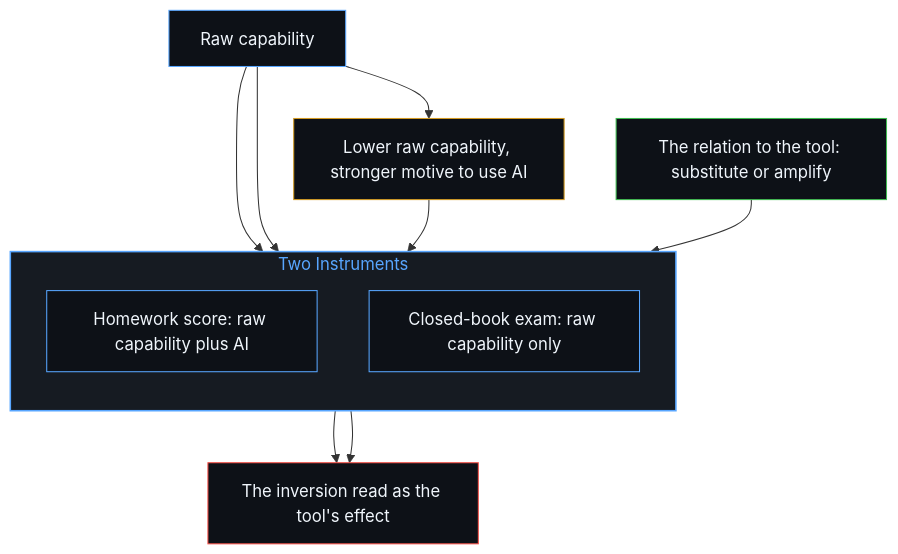
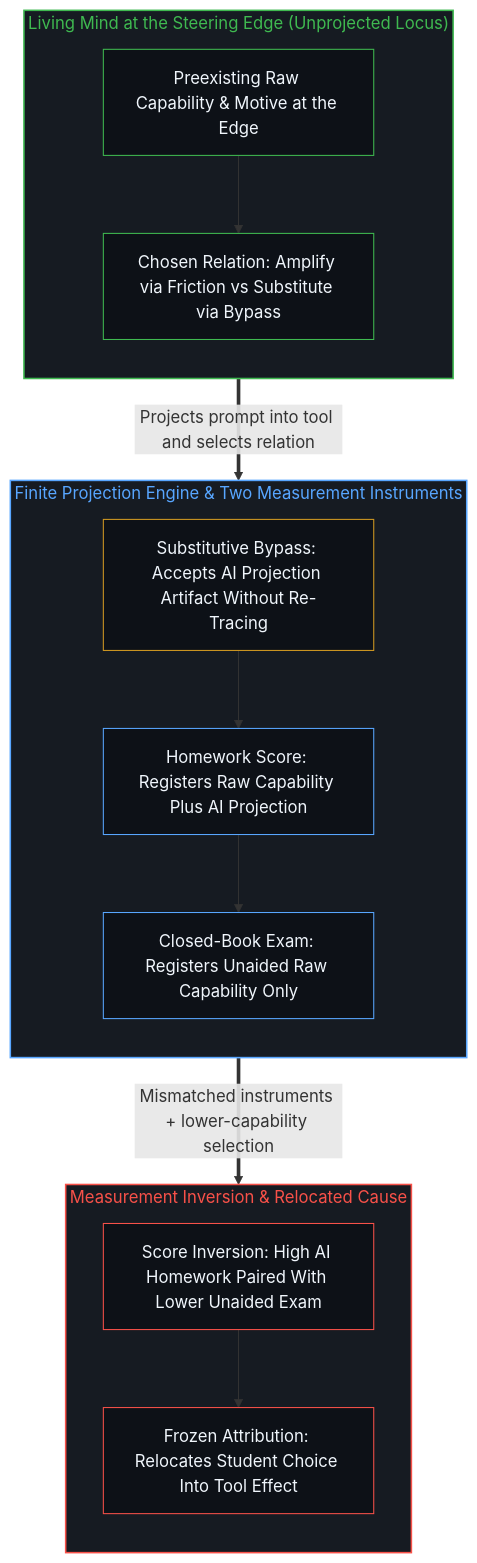
The second of 2 diagrams in content/posts/the-homework-exam-inversion-registers-substitution.md (powerpig99/not-a-toe), drawn with Mermaid before and after one commit. The commit also changed other lines of this file and 2 other files, not shown here.

Commit message:
Refine the-homework-exam-inversion-registers-substitution (Wave 3 L2 #112: weave beyond-the-projection)

````diff
--- a/content/posts/the-homework-exam-inversion-registers-substitution.md
+++ b/content/posts/the-homework-exam-inversion-registers-substitution.md
@@ -121,25 +126,38 @@
 ```mermaid
 flowchart TD
-    R["Raw capability"]
-    C["The relation to the tool: substitute or amplify"]
-    L["Lower raw capability, stronger motive to use AI"]
-    subgraph S_Meas["Two Instruments"]
+    subgraph S_Edge["Living Mind at the Steering Edge (Unprojected Locus)"]
         direction TB
-        H["Homework score: raw capability plus AI"]
-        E["Closed-book exam: raw capability only"]
+        E_Raw["Preexisting Raw Capability & Motive at the Edge"]
+        E_Rel["Chosen Relation: Amplify via Friction vs Substitute via Bypass"]
+        E_Raw --> E_Rel
     end
-    G["The inversion read as the tool's effect"]
-    R --> H
-    R --> E
-    R --> L --> H
-    C --> H
-    H --> G
-    E --> G
-    style S_Meas fill:#161b22,stroke:#58a6ff,stroke-width:1.5px,color:#58a6ff
-    style R fill:#0d1117,stroke:#58a6ff,stroke-width:1px,color:#f0f6fc
-    style C fill:#0d1117,stroke:#3fb950,stroke-width:1px,color:#f0f6fc
-    style L fill:#0d1117,stroke:#d29922,stroke-width:1px,color:#f0f6fc
-    style H fill:#0d1117,stroke:#58a6ff,stroke-width:1px,color:#f0f6fc
-    style E fill:#0d1117,stroke:#58a6ff,stroke-width:1px,color:#f0f6fc
-    style G fill:#0d1117,stroke:#f85149,stroke-width:1px,color:#f0f6fc
+
+    subgraph S_Proj["Finite Projection Engine & Two Measurement Instruments"]
+        direction TB
+        P_Sub["Substitutive Bypass: Accepts AI Projection Artifact Without Re-Tracing"]
+        P_Hw["Homework Score: Registers Raw Capability Plus AI Projection"]
+        P_Ex["Closed-Book Exam: Registers Unaided Raw Capability Only"]
+        P_Sub --> P_Hw --> P_Ex
+    end
+
+    subgraph S_Inv["Measurement Inversion & Relocated Cause"]
+        direction TB
+        I_Gap["Score Inversion: High AI Homework Paired With Lower Unaided Exam"]
+        I_Freeze["Frozen Attribution: Relocates Student Choice Into Tool Effect"]
+        I_Gap --> I_Freeze
+    end
+
+    E_Rel ==>|"Projects prompt into tool and selects relation"| P_Sub
+    P_Ex ==>|"Mismatched instruments + lower-capability selection"| I_Gap
+
+    style S_Edge fill:#161b22,stroke:#3fb950,stroke-width:1.5px,color:#3fb950
+    style S_Proj fill:#161b22,stroke:#58a6ff,stroke-width:1.5px,color:#58a6ff
+    style S_Inv fill:#161b22,stroke:#f85149,stroke-width:1.5px,color:#f85149
+    style E_Raw fill:#0d1117,stroke:#3fb950,stroke-width:1px,color:#f0f6fc
+    style E_Rel fill:#0d1117,stroke:#3fb950,stroke-width:1px,color:#f0f6fc
+    style P_Sub fill:#0d1117,stroke:#d29922,stroke-width:1px,color:#f0f6fc
+    style P_Hw fill:#0d1117,stroke:#58a6ff,stroke-width:1px,color:#f0f6fc
+    style P_Ex fill:#0d1117,stroke:#58a6ff,stroke-width:1px,color:#f0f6fc
+    style I_Gap fill:#0d1117,stroke:#f85149,stroke-width:1px,color:#f0f6fc
+    style I_Freeze fill:#0d1117,stroke:#f85149,stroke-width:1px,color:#f0f6fc
 ```
````
